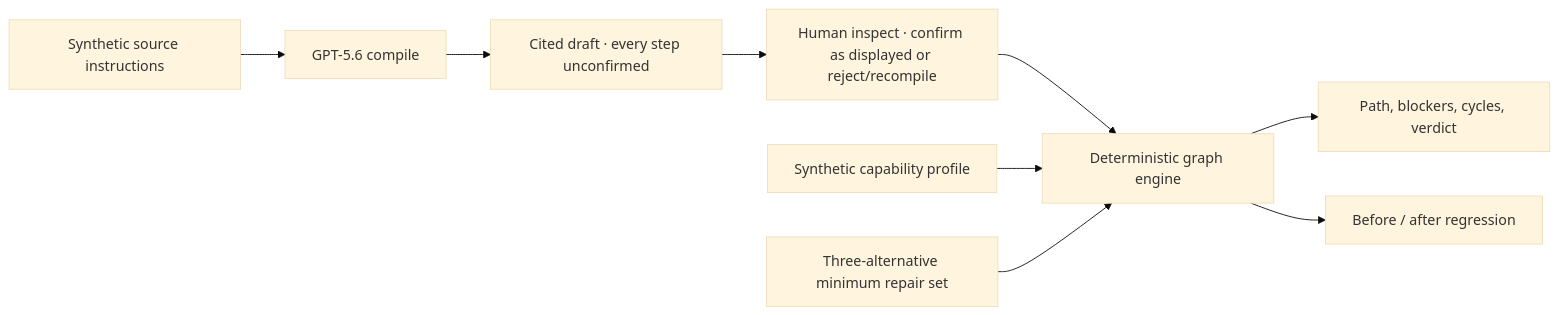
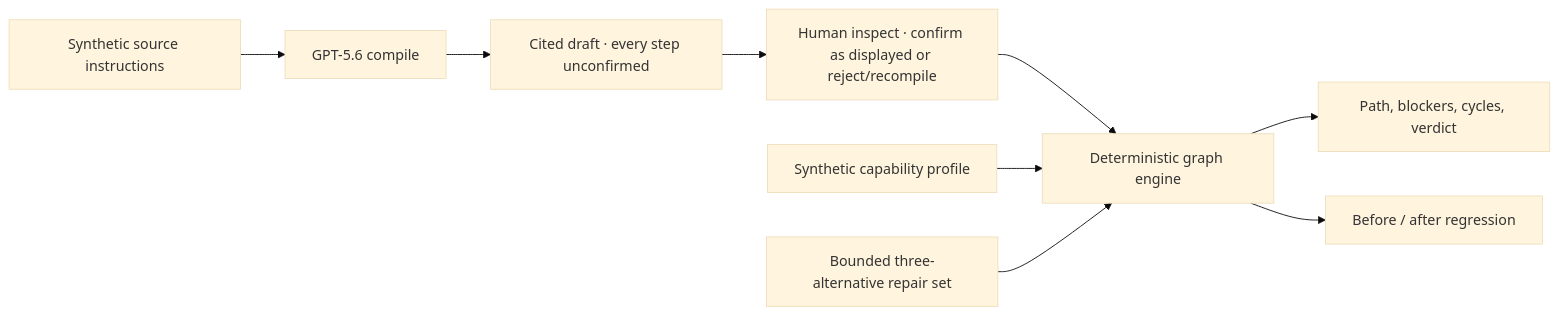
The first of 2 diagrams in docs/ARCHITECTURE.md (pakales/accesscrash), drawn with Mermaid (base theme) before and after one commit. The commit also changed other lines of this file and 3 other files, not shown here.

````diff
--- a/docs/ARCHITECTURE.md
+++ b/docs/ARCHITECTURE.md
@@ -12,11 +12,11 @@
 ```mermaid
 flowchart LR
     S["Synthetic source instructions"] --> C["GPT-5.6 compile"]
     C --> D["Cited draft · every step unconfirmed"]
     D --> H["Human inspect · confirm as displayed or reject/recompile"]
     H --> E["Deterministic graph engine"]
     P["Synthetic capability profile"] --> E
     E --> R["Path, blockers, cycles, verdict"]
-    X["Three-alternative minimum repair set"] --> E
+    X["Bounded three-alternative repair set"] --> E
     E --> G["Before / after regression"]
 ```
````
